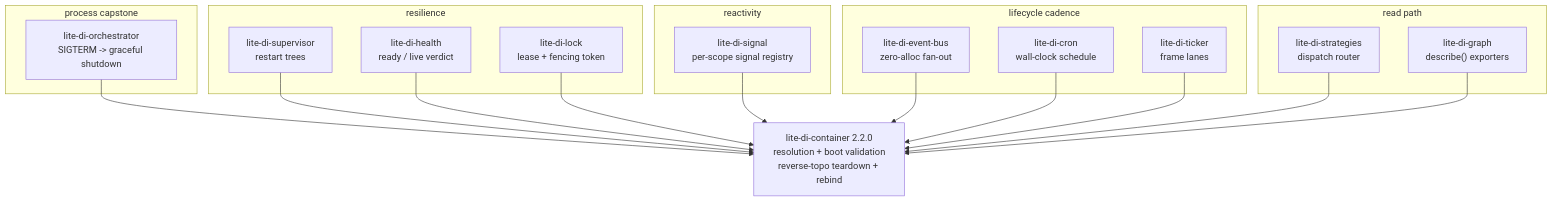
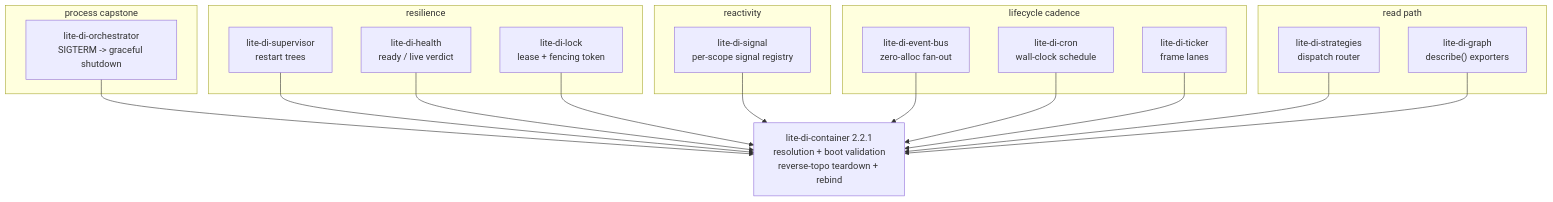
The first of 3 diagrams in README.md (PeshoVurtoleta/lite-di-container), drawn with Mermaid before and after one commit. The commit also changed other lines of this file and 4 other files, not shown here.

First line of the commit message:
lite-di-container 2.2.1: fix vacuous T7 soak leak gate

````diff
--- a/README.md
+++ b/README.md
@@ -438,35 +438,35 @@
 ```mermaid
 graph TD
     subgraph process["process capstone"]
         ORCH["lite-di-orchestrator<br/>SIGTERM -&gt; graceful shutdown"]
     end
     subgraph resilience["resilience"]
         SUP["lite-di-supervisor<br/>restart trees"]
         HEALTH["lite-di-health<br/>ready / live verdict"]
         LOCK["lite-di-lock<br/>lease + fencing token"]
     end
     subgraph reactivity["reactivity"]
         SIGNAL["lite-di-signal<br/>per-scope signal registry"]
     end
     subgraph cadence["lifecycle cadence"]
         BUS["lite-di-event-bus<br/>zero-alloc fan-out"]
         CRON["lite-di-cron<br/>wall-clock schedule"]
         TICK["lite-di-ticker<br/>frame lanes"]
     end
     subgraph readpath["read path"]
         STRAT["lite-di-strategies<br/>dispatch router"]
         GRAPH["lite-di-graph<br/>describe() exporters"]
     end
-    CORE["lite-di-container 2.2.0<br/>resolution + boot validation<br/>reverse-topo teardown + rebind"]
+    CORE["lite-di-container 2.2.1<br/>resolution + boot validation<br/>reverse-topo teardown + rebind"]
 
     ORCH --> CORE
     SUP --> CORE
     HEALTH --> CORE
     LOCK --> CORE
     SIGNAL --> CORE
     BUS --> CORE
     CRON --> CORE
     TICK --> CORE
     STRAT --> CORE
     GRAPH --> CORE
 ```
````
